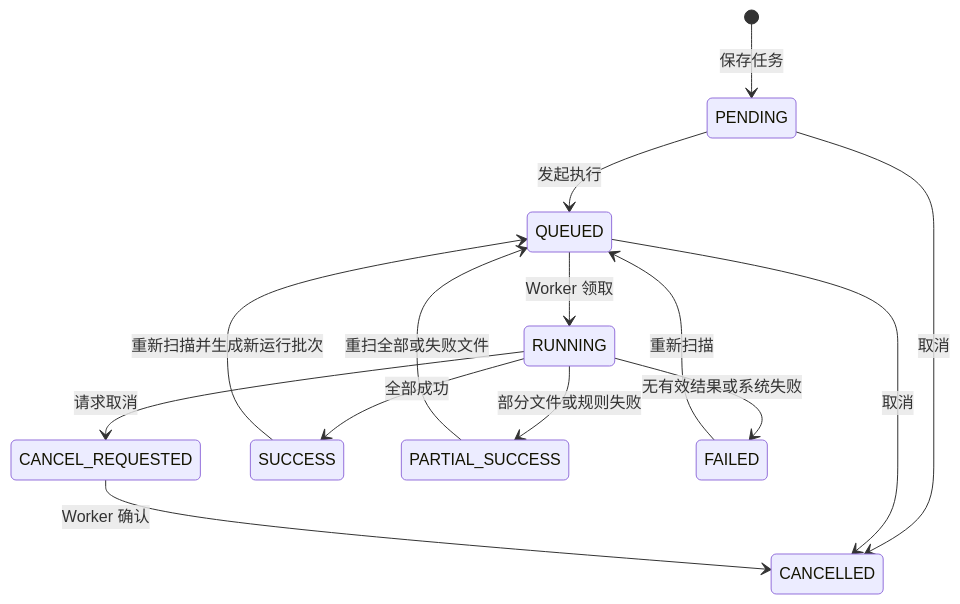
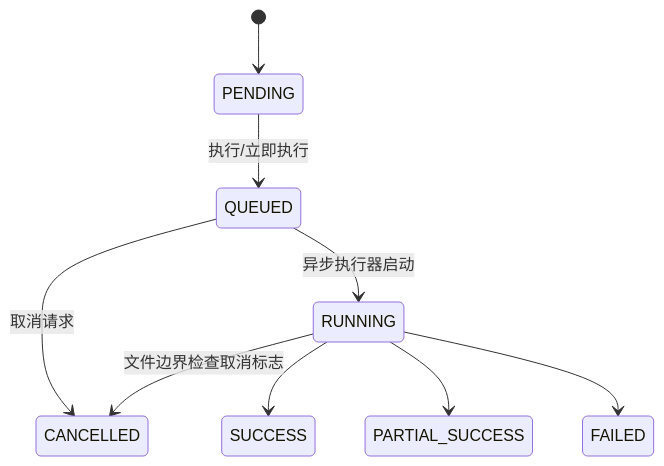
Before and after one commit to tjqing/scanning-center: the third of 5 diagrams in ai-agent/spec/扫描中心-代码架构.md, drawn with Mermaid. The commit also changed other lines of this file and 1 other file, not shown here.

````diff
--- a/ai-agent/spec/扫描中心-代码架构.md
+++ b/ai-agent/spec/扫描中心-代码架构.md
@@ -318,16 +153,11 @@
 ```mermaid
 stateDiagram-v2
-    [*] --> PENDING: 保存任务
-    PENDING --> QUEUED: 发起执行
-    QUEUED --> RUNNING: Worker 领取
-    PENDING --> CANCELLED: 取消
-    QUEUED --> CANCELLED: 取消
-    RUNNING --> CANCEL_REQUESTED: 请求取消
-    CANCEL_REQUESTED --> CANCELLED: Worker 确认
-    RUNNING --> SUCCESS: 全部成功
-    RUNNING --> PARTIAL_SUCCESS: 部分文件或规则失败
-    RUNNING --> FAILED: 无有效结果或系统失败
-    SUCCESS --> QUEUED: 重新扫描并生成新运行批次
-    PARTIAL_SUCCESS --> QUEUED: 重扫全部或失败文件
-    FAILED --> QUEUED: 重新扫描
+    [*] --> PENDING
+    PENDING --> QUEUED: 执行/立即执行
+    QUEUED --> RUNNING: 异步执行器启动
+    QUEUED --> CANCELLED: 取消请求
+    RUNNING --> CANCELLED: 文件边界检查取消标志
+    RUNNING --> SUCCESS
+    RUNNING --> PARTIAL_SUCCESS
+    RUNNING --> FAILED
 ```
````
